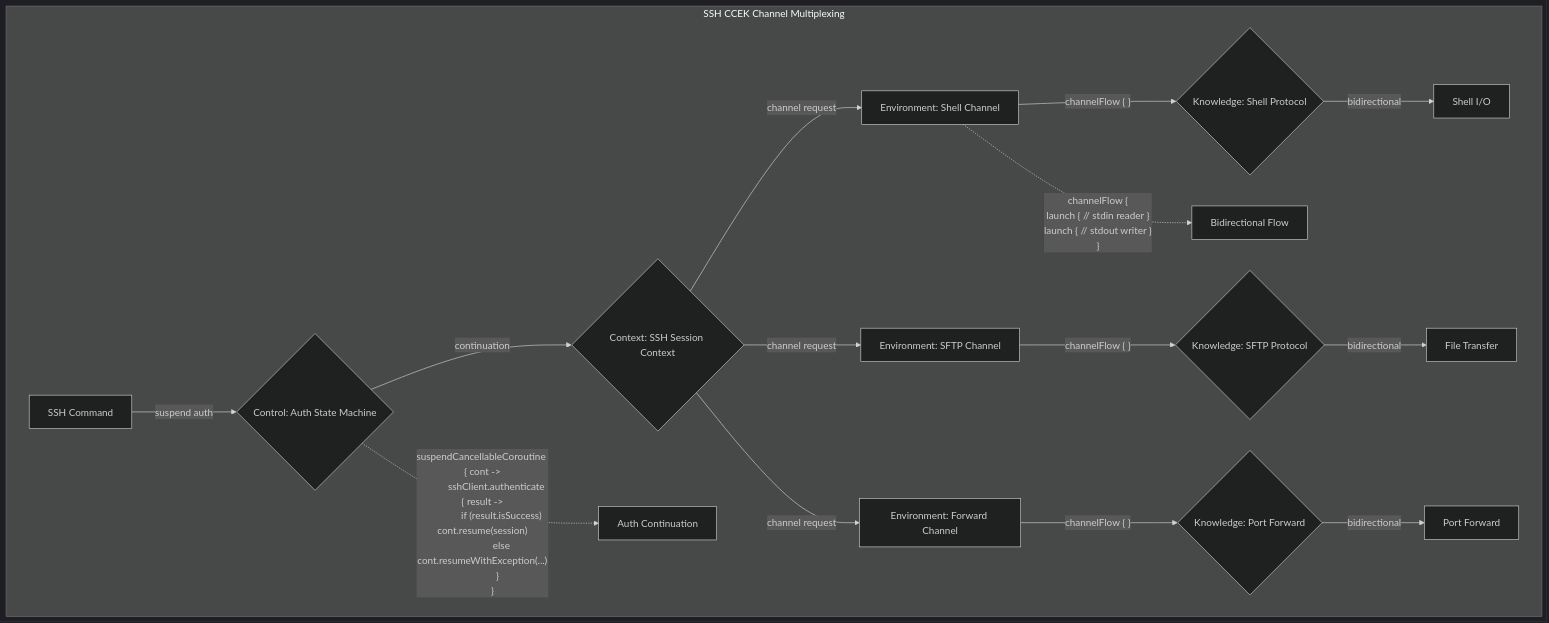
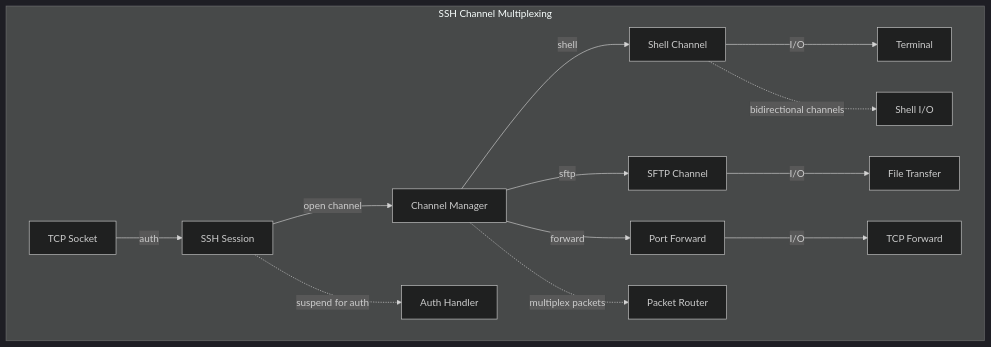
One commit to jnorthrup/superbikeshed changed the sixth of 8 diagrams in CHANNEL_CCEK_TODO.md. Above: the diagram before and after it, drawn with Mermaid (dark theme). The commit also changed other lines of this file, not shown here.

````diff
--- a/CHANNEL_CCEK_TODO.md
+++ b/CHANNEL_CCEK_TODO.md
@@ -185,31 +152,19 @@
 ```mermaid
 flowchart TD
-    subgraph "SSH CCEK Channel Multiplexing"
-        A[SSH Command] -->|suspend auth| B{Control: Auth State Machine}
-        B -->|continuation| C{Context: SSH Session Context}
+    subgraph "SSH Channel Multiplexing"
+        A[TCP Socket] -->|auth| B[SSH Session]
+        B -->|open channel| C[Channel Manager]
         
-        C -->|channel request| D1[Environment: Shell Channel]
-        C -->|channel request| D2[Environment: SFTP Channel]
-        C -->|channel request| D3[Environment: Forward Channel]
+        C -->|shell| D1[Shell Channel]
+        C -->|sftp| D2[SFTP Channel]
+        C -->|forward| D3[Port Forward]
         
-        D1 -->|"channelFlow { }"| E1{Knowledge: Shell Protocol}
-        D2 -->|"channelFlow { }"| E2{Knowledge: SFTP Protocol}
-        D3 -->|"channelFlow { }"| E3{Knowledge: Port Forward}
+        D1 -->|I/O| E1[Terminal]
+        D2 -->|I/O| E2[File Transfer]
+        D3 -->|I/O| E3[TCP Forward]
         
-        E1 -->|bidirectional| F1[Shell I/O]
-        E2 -->|bidirectional| F2[File Transfer]
-        E3 -->|bidirectional| F3[Port Forward]
-        
-        B -.->|"suspendCancellableCoroutine { cont ->
-            sshClient.authenticate { result ->
-                if (result.isSuccess) cont.resume(session)
-                else cont.resumeWithException(...)
-            }
-        }"| AUTH[Auth Continuation]
-        
-        D1 -.->|"channelFlow {
-            launch { // stdin reader }                   
-            launch { // stdout writer }
-        }"| BID[Bidirectional Flow]
+        B -.->|suspend for auth| AUTH[Auth Handler]
+        D1 -.->|bidirectional channels| BID[Shell I/O]
+        C -.->|multiplex packets| MUX[Packet Router]
     end
 ```
````
